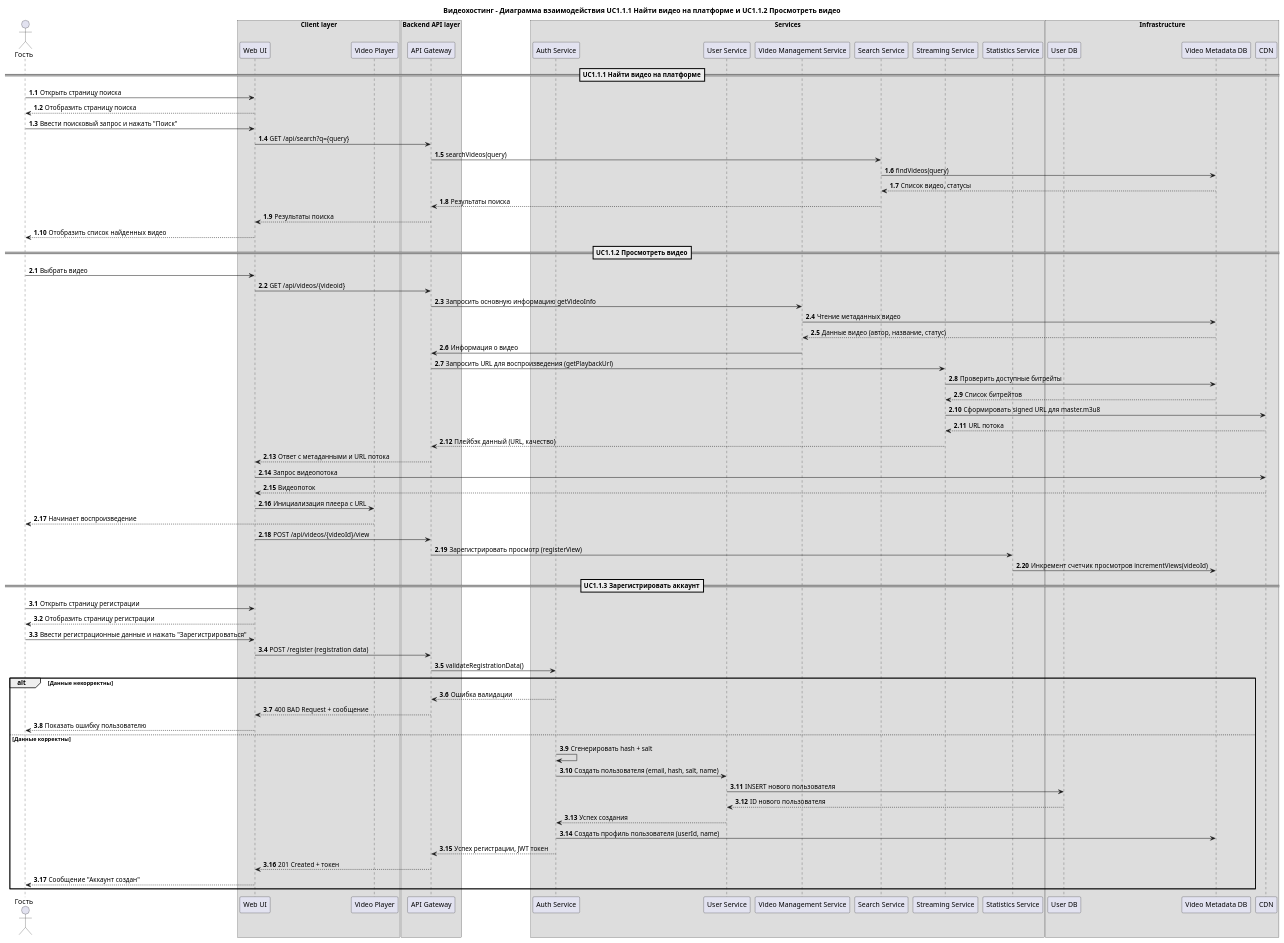
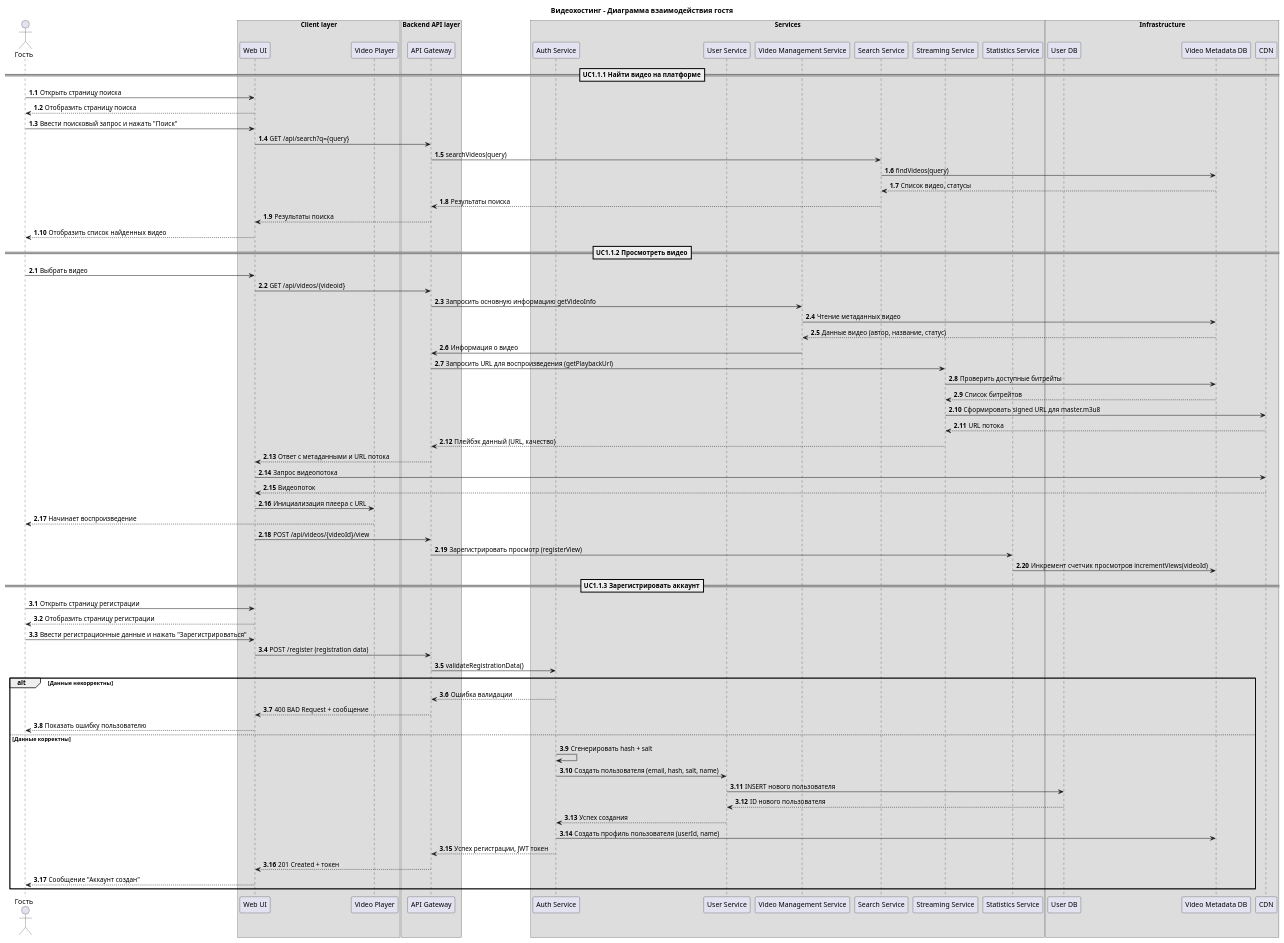
One commit to andlargesoda/Videohosting changed the diagram in SeqDiagram_Guest_v1.0.puml. Above: the diagram before and after it, drawn with PlantUML. The commit also changed 2 other files, not shown here.

Commit message:
Add SeqDiagram_Viewr_Owner, mod SeqDiagram_Guest

```diff
--- a/SeqDiagram_Guest_v1.0.puml
+++ b/SeqDiagram_Guest_v1.0.puml
@@ -1,104 +1,104 @@
 @startuml
-title Видеохостинг - Диаграмма взаимодействия UC1.1.1 Найти видео на платформе и UC1.1.2 Просмотреть видео
+title Видеохостинг - Диаграмма взаимодействия гостя
 actor "Гость" as Guest
 ' 1. Клиентский уровень
 box "Client layer"
     participant "Web UI" as UI
     participant "Video Player" as VideoPlayer
 end box
 ' 2. Backend
 box "Backend API layer"
     participant "API Gateway" as API
 end box
 ' 3. Сервисы
 box "Services"
     participant "Auth Service" as AuthService
     participant "User Service" as UserService
     participant "Video Management Service" as VideoManagementService
     participant "Search Service" as SearchService
     participant "Streaming Service" as StreamingService
     participant "Statistics Service" as StatisticsService
 end box
 ' 5. Инфраструктура
 box "Infrastructure"
     participant "User DB" as UserDB
     participant "Video Metadata DB" as MetadataDB
     participant "CDN" as CDN
 end box
 
 ==UC1.1.1 Найти видео на платформе==
 
 autonumber 1.1
 
 Guest -> UI : Открыть страницу поиска
 UI --> Guest : Отобразить страницу поиска
 
 Guest -> UI : Ввести поисковый запрос и нажать "Поиск"
 UI -> API : GET /api/search?q={query}
 
 API -> SearchService : searchVideos(query)
 SearchService -> MetadataDB : findVideos(query)
 MetadataDB --> SearchService : Список видео, статусы
 SearchService --> API : Результаты поиска
 
 API --> UI : Результаты поиска
 UI --> Guest : Отобразить список найденных видео
 
 ==UC1.1.2 Просмотреть видео==
 
 autonumber 2.1
 
 Guest -> UI : Выбрать видео
 UI -> API : GET /api/videos/{videoid}
 
 API -> VideoManagementService : Запросить основную информацию getVideoInfo
 VideoManagementService -> MetadataDB : Чтение метаданных видео
 MetadataDB --> VideoManagementService : Данные видео (автор, название, статус)
 VideoManagementService -> API : Информация о видео
 
 API -> StreamingService : Запросить URL для воспроизведения (getPlaybackUrl)
 StreamingService -> MetadataDB : Проверить доступные битрейты
 MetadataDB --> StreamingService : Список битрейтов
 StreamingService -> CDN : Сформировать signed URL для master.m3u8
 CDN --> StreamingService : URL потока
 StreamingService --> API : Плейбэк данный (URL, качество)
 
 API --> UI : Ответ с метаданными и URL потока
 
 UI -> CDN : Запрос видеопотока
 CDN --> UI : Видеопоток
 UI -> VideoPlayer : Инициализация плеера с URL
 VideoPlayer --> Guest : Начинает воспроизведение
 
 UI -> API : POST /api/videos/{videoId}/view
 API -> StatisticsService : Зарегистрировать просмотр (registerView)
 StatisticsService -> MetadataDB : Инкремент счетчик просмотров incrementViews(videoId)
 
 ==UC1.1.3 Зарегистрировать аккаунт==
 
 autonumber 3.1
 
 Guest -> UI : Открыть страницу регистрации
 UI --> Guest : Отобразить страницу регистрации
 
 Guest -> UI : Ввести регистрационные данные и нажать "Зарегистрироваться"
 UI -> API : POST /register (registration data)
 
 API -> AuthService : validateRegistrationData()
 
 alt Данные некорректны
     AuthService --> API : Ошибка валидации
     API --> UI : 400 BAD Request + сообщение
     UI --> Guest : Показать ошибку пользователю
 else Данные корректны
     AuthService -> AuthService : Сгенерировать hash + salt
     AuthService -> UserService : Создать пользователя (email, hash, salt, name)
     UserService -> UserDB : INSERT нового пользователя
     UserDB --> UserService : ID нового пользователя
     UserService --> AuthService : Успех создания
     AuthService -> MetadataDB : Создать профиль пользователя (userId, name)
     AuthService --> API : Успех регистрации, JWT токен
     API --> UI : 201 Created + токен
     UI --> Guest : Сообщение "Аккаунт создан"
 end
 @enduml
```
